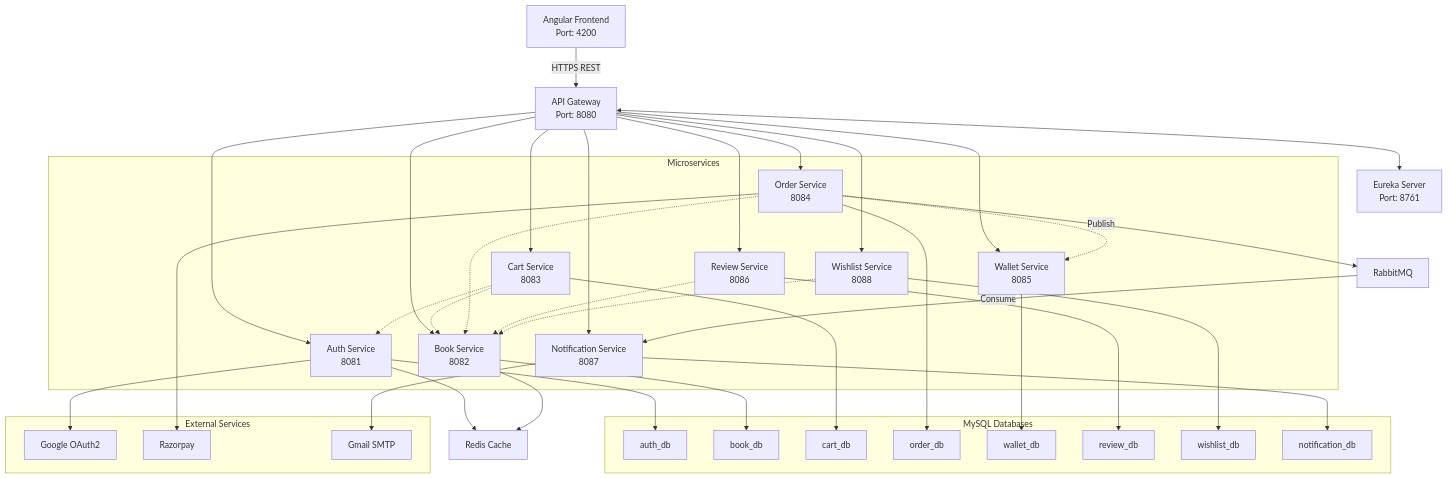
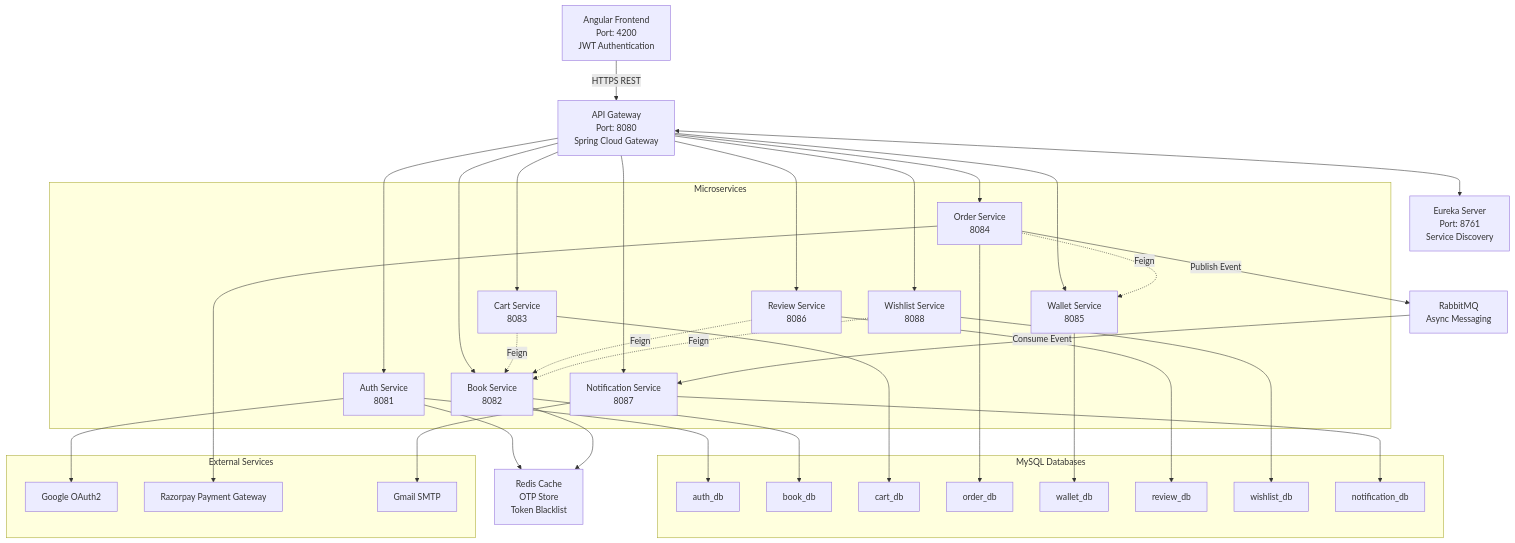
The diagram in README.md (aryannn03/2215000373), drawn with Mermaid before and after one commit. The commit also changed other lines of this file, not shown here.

````diff
--- a/README.md
+++ b/README.md
@@ -3,33 +3,40 @@
 ```mermaid
 flowchart TB
 
-%% FRONTEND
-A["Angular Frontend<br/>Port: 4200"]
+%% ================= FRONTEND =================
+A["Angular Frontend<br/>Port: 4200<br/>JWT Authentication"]
 
-%% API GATEWAY
-B["API Gateway<br/>Port: 8080"]
+%% ================= API GATEWAY =================
+B["API Gateway<br/>Port: 8080<br/>Spring Cloud Gateway"]
 
-%% EUREKA
-C["Eureka Server<br/>Port: 8761"]
+%% ================= EUREKA =================
+C["Eureka Server<br/>Port: 8761<br/>Service Discovery"]
 
 A -->|HTTPS REST| B
 B <--> C
 
-%% SERVICES
+%% ================= MICROSERVICES =================
 subgraph SERVICES [Microservices]
 
 D["Auth Service<br/>8081"]
+
 E["Book Service<br/>8082"]
+
 F["Cart Service<br/>8083"]
+
 G["Order Service<br/>8084"]
 
 H["Wallet Service<br/>8085"]
+
 I["Review Service<br/>8086"]
+
 J["Notification Service<br/>8087"]
+
 K["Wishlist Service<br/>8088"]
 
 end
 
+%% ================= GATEWAY ROUTING =================
 B --> D
 B --> E
 B --> F
@@ -39,37 +46,41 @@
 B --> J
 B --> K
 
-%% INTERNAL COMMUNICATION
-F -.-> E
-F -.-> D
-G -.-> H
-G -.-> E
-I -.-> E
-K -.-> E
+%% ================= INTER SERVICE COMMUNICATION =================
+F -.->|Feign| E
+G -.->|Feign| H
+I -.->|Feign| E
+K -.->|Feign| E
 
-%% RABBITMQ
-L["RabbitMQ"]
+%% ================= RABBITMQ =================
+L["RabbitMQ<br/>Async Messaging"]
 
-G -->|Publish| L
-L -->|Consume| J
+G -->|Publish Event| L
+L -->|Consume Event| J
 
-%% REDIS
-M["Redis Cache"]
+%% ================= REDIS =================
+M["Redis Cache<br/>OTP Store<br/>Token Blacklist"]
 
 D --> M
 E --> M
 
-%% DATABASES
+%% ================= DATABASES =================
 subgraph DATABASES [MySQL Databases]
 
 N["auth_db"]
+
 O["book_db"]
+
 P["cart_db"]
+
 Q["order_db"]
 
 R["wallet_db"]
+
 S["review_db"]
+
 T["wishlist_db"]
+
 U["notification_db"]
 
 end
@@ -83,11 +94,13 @@
 K --> T
 J --> U
 
-%% EXTERNAL SERVICES
+%% ================= EXTERNAL SERVICES =================
 subgraph EXTERNALS [External Services]
 
 V["Google OAuth2"]
-W["Razorpay"]
+
+W["Razorpay Payment Gateway"]
+
 X["Gmail SMTP"]
 
 end
````
